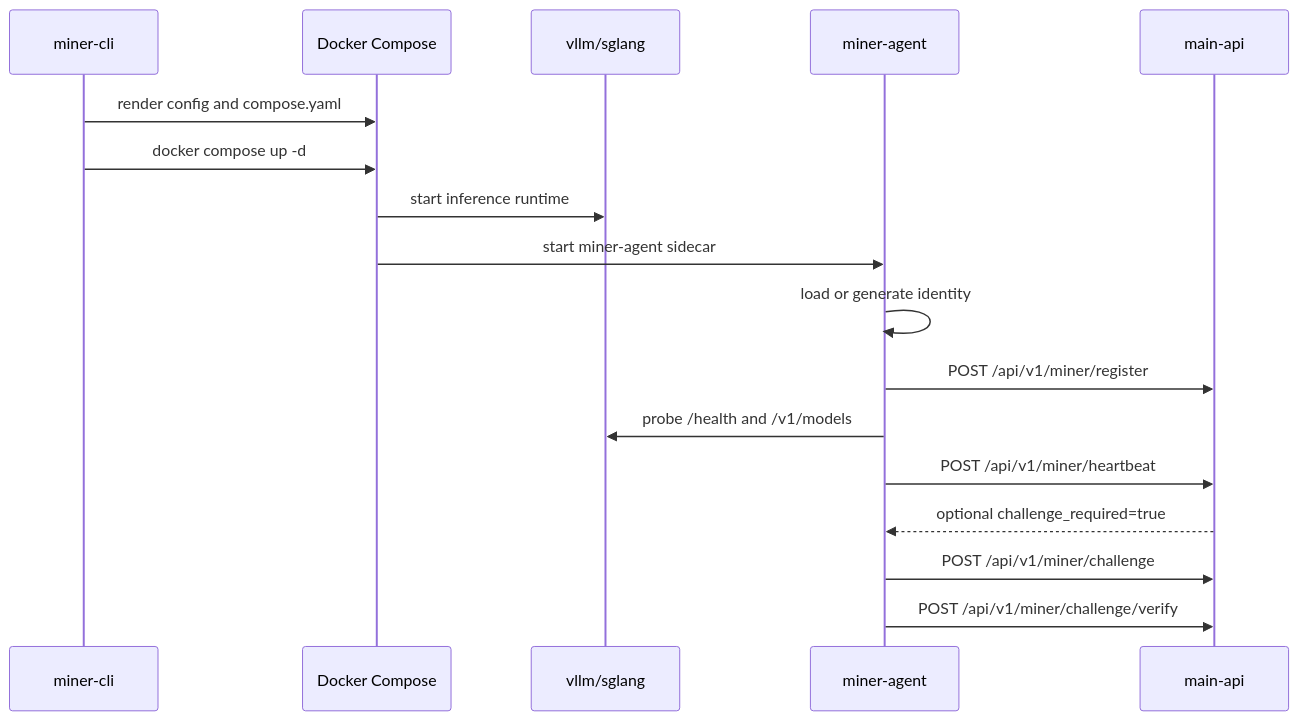
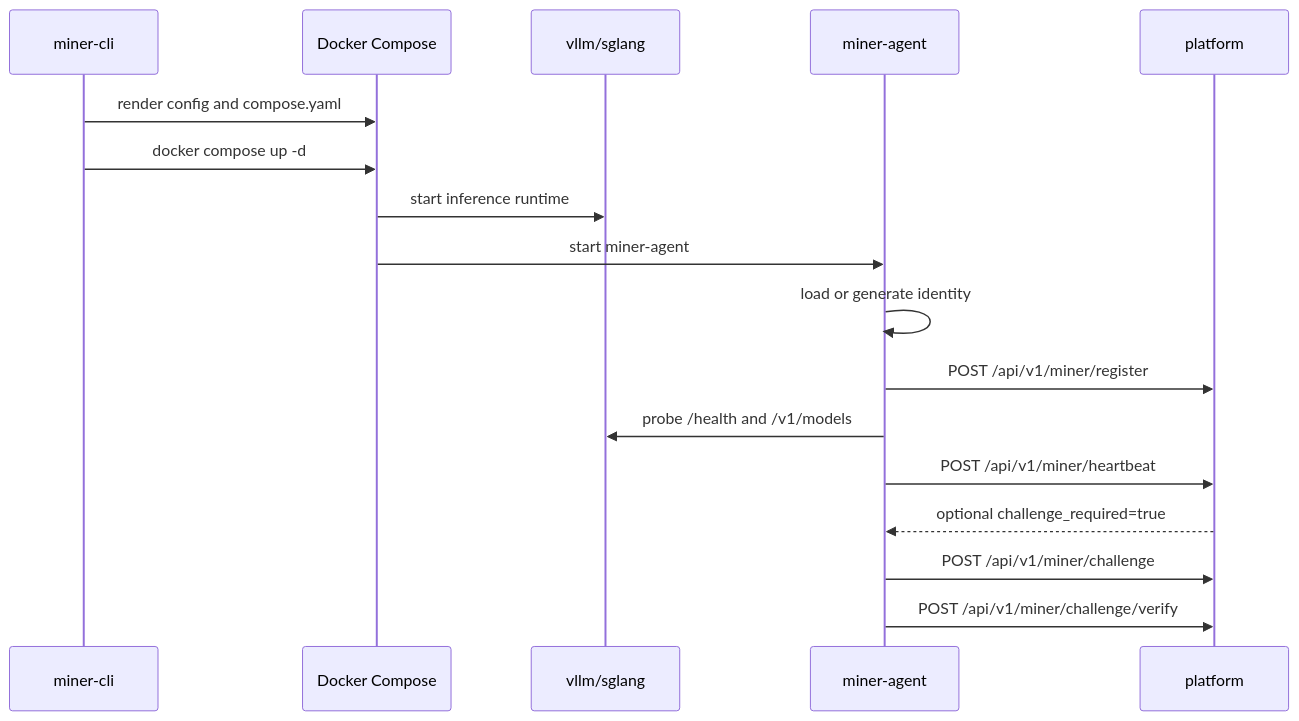
Before and after one commit to BTT-AI-labs/BTT-InferGrid-docs: the second of 2 diagrams in docs/architecture/topology-and-flows.md, drawn with Mermaid. The commit also changed other lines of this file and 9 other files, not shown here.

````diff
--- a/docs/architecture/topology-and-flows.md
+++ b/docs/architecture/topology-and-flows.md
@@ -71,20 +46,20 @@
 ```mermaid
 sequenceDiagram
   participant CLI as miner-cli
   participant Compose as Docker Compose
   participant Runtime as vllm/sglang
   participant Agent as miner-agent
-  participant API as main-api
+  participant API as platform
 
   CLI->>Compose: render config and compose.yaml
   CLI->>Compose: docker compose up -d
   Compose->>Runtime: start inference runtime
-  Compose->>Agent: start miner-agent sidecar
+  Compose->>Agent: start miner-agent
   Agent->>Agent: load or generate identity
   Agent->>API: POST /api/v1/miner/register
   Agent->>Runtime: probe /health and /v1/models
   Agent->>API: POST /api/v1/miner/heartbeat
   API-->>Agent: optional challenge_required=true
   Agent->>API: POST /api/v1/miner/challenge
   Agent->>API: POST /api/v1/miner/challenge/verify
 ```
````
